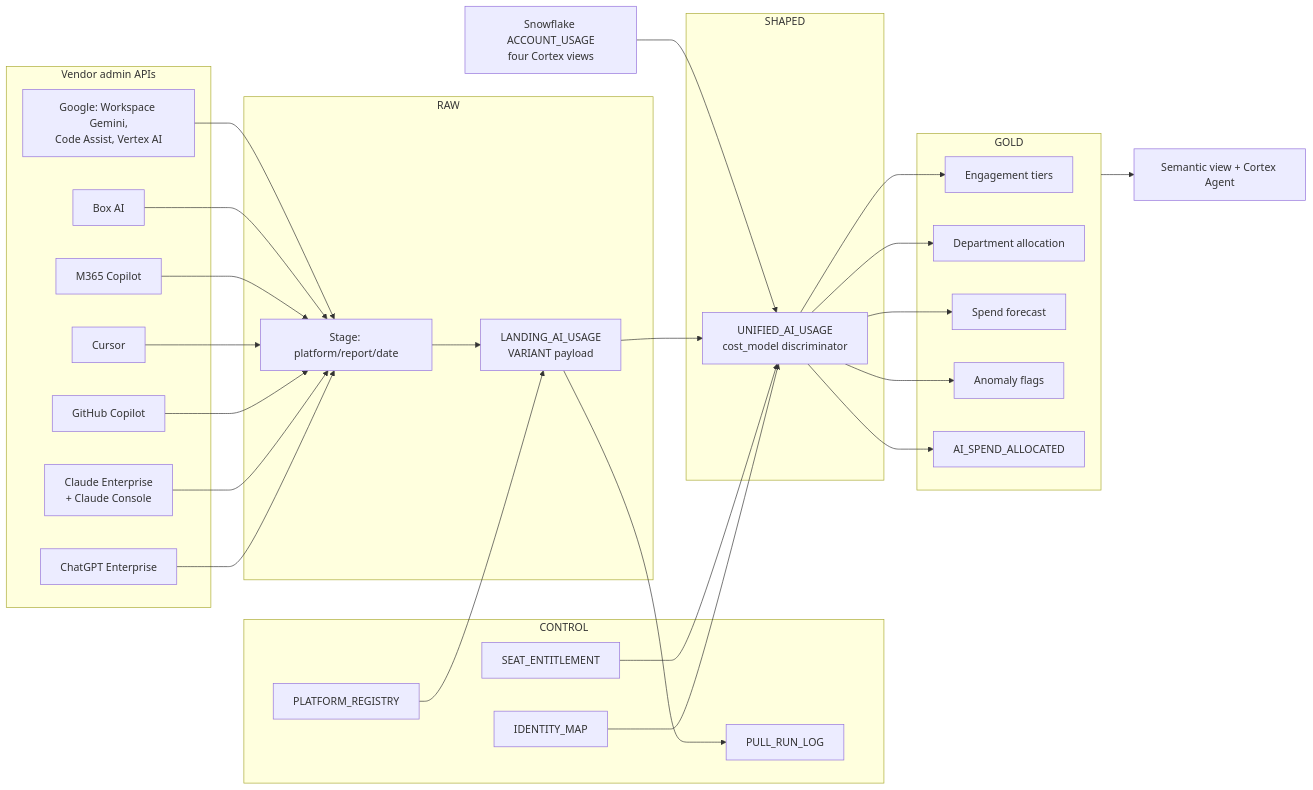
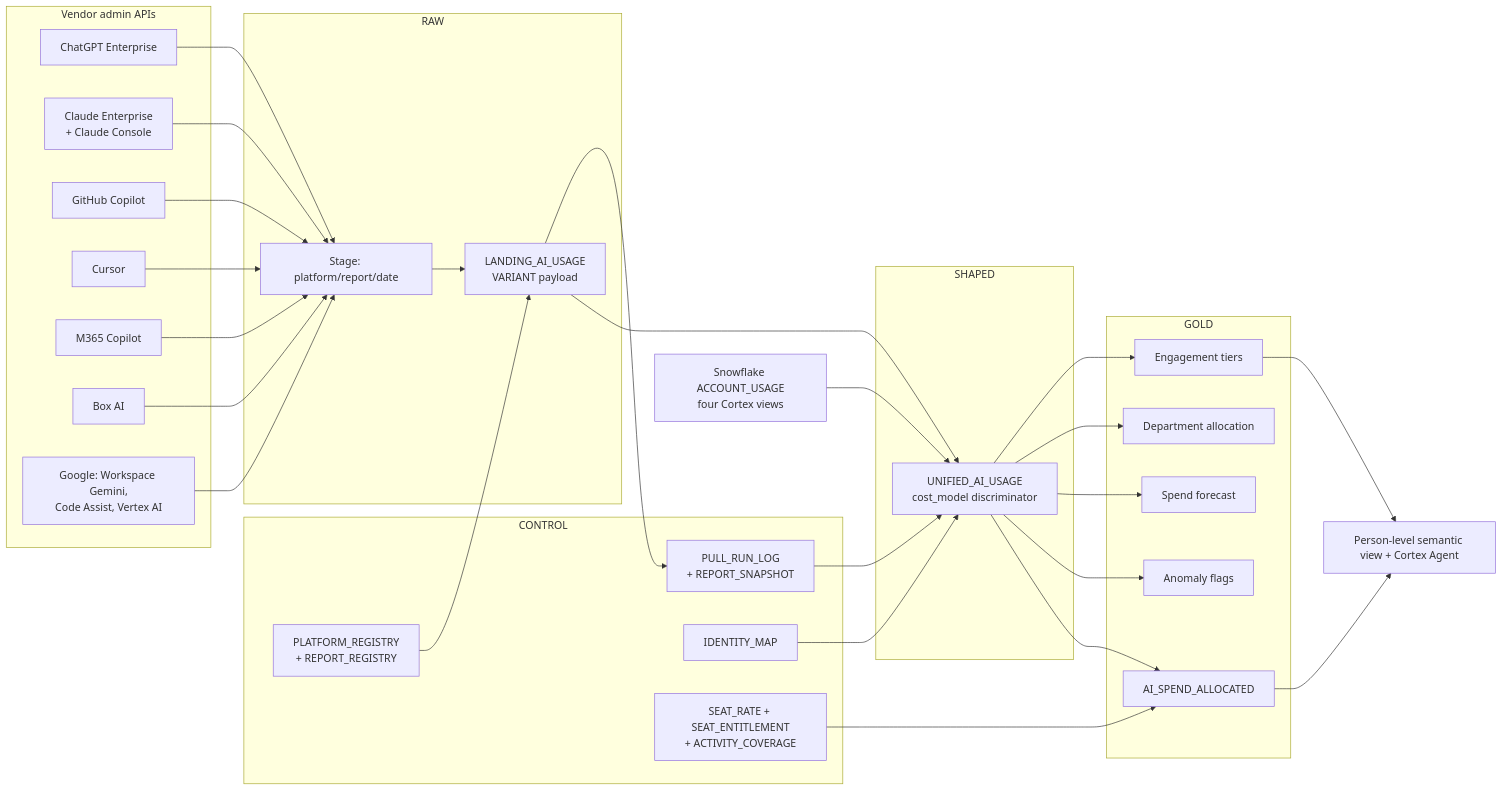
One commit to sfc-gh-miwhitaker/sfe-public changed the diagram in guide-ai-spend-consolidation/README.md. Above: the diagram before and after it, drawn with Mermaid. The commit also changed other lines of this file and 16 other files, not shown here.

````diff
--- a/guide-ai-spend-consolidation/README.md
+++ b/guide-ai-spend-consolidation/README.md
@@ -282,59 +294,61 @@
 ```mermaid
 flowchart LR
   subgraph vendors [Vendor admin APIs]
     OA["ChatGPT Enterprise"]
     AN["Claude Enterprise<br/>+ Claude Console"]
     GH["GitHub Copilot"]
     CU["Cursor"]
     MS["M365 Copilot"]
     BX["Box AI"]
     GO["Google: Workspace Gemini,<br/>Code Assist, Vertex AI"]
   end
 
   subgraph ctl [CONTROL]
-    reg["PLATFORM_REGISTRY"]
-    log["PULL_RUN_LOG"]
+    reg["PLATFORM_REGISTRY<br/>+ REPORT_REGISTRY"]
+    log["PULL_RUN_LOG<br/>+ REPORT_SNAPSHOT"]
     idmap["IDENTITY_MAP"]
-    seats["SEAT_ENTITLEMENT"]
+    seats["SEAT_RATE + SEAT_ENTITLEMENT<br/>+ ACTIVITY_COVERAGE"]
   end
 
   subgraph rawlayer [RAW]
     stage["Stage: platform/report/date"]
     landing["LANDING_AI_USAGE<br/>VARIANT payload"]
   end
 
   subgraph shapedlayer [SHAPED]
     fact["UNIFIED_AI_USAGE<br/>cost_model discriminator"]
   end
 
   subgraph goldlayer [GOLD]
     eng["Engagement tiers"]
     dept["Department allocation"]
     fcst["Spend forecast"]
     anom["Anomaly flags"]
     alloc["AI_SPEND_ALLOCATED"]
   end
 
   SF["Snowflake ACCOUNT_USAGE<br/>four Cortex views"]
 
   OA --> stage
   AN --> stage
   GH --> stage
   CU --> stage
   MS --> stage
   BX --> stage
   GO --> stage
   stage --> landing
   reg --> landing
   landing --> log
   landing --> fact
+  log --> fact
   SF --> fact
   idmap --> fact
-  seats --> fact
+  seats --> alloc
   fact --> eng
   fact --> dept
   fact --> fcst
   fact --> anom
   fact --> alloc
-  goldlayer --> agent["Semantic view + Cortex Agent"]
+  alloc --> agent["Person-level semantic view + Cortex Agent"]
+  eng --> agent
 ```
````
